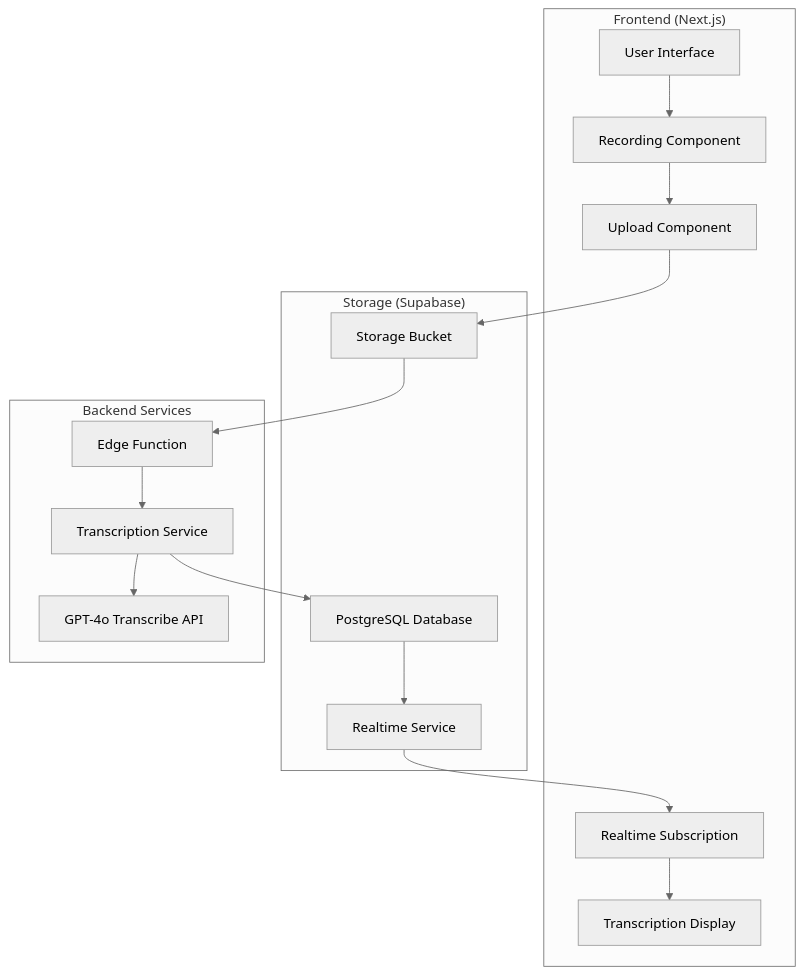
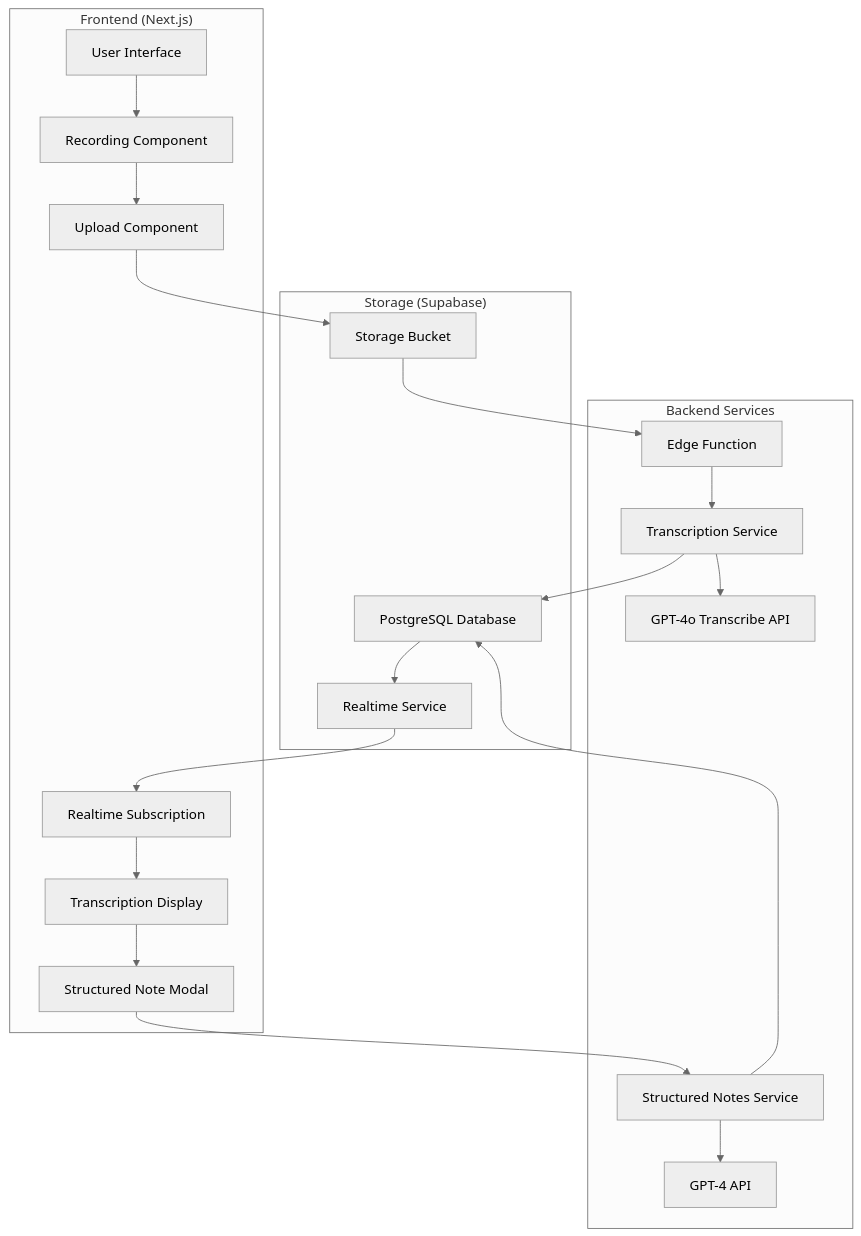
One commit to pidub-step/psynotes changed the first of 3 diagrams in memory-bank/systemPatterns.md. Above: the diagram before and after it, drawn with Mermaid (neutral theme). The commit also changed other lines of this file and 19 other files, not shown here.

````diff
--- a/memory-bank/systemPatterns.md
+++ b/memory-bank/systemPatterns.md
@@ -7,33 +7,40 @@
 ```mermaid
 graph TD
     subgraph "Frontend (Next.js)"
         UI[User Interface]
         RC[Recording Component]
         UC[Upload Component]
         TD[Transcription Display]
         RS[Realtime Subscription]
+        SNM[Structured Note Modal]
     end
     
     subgraph "Storage (Supabase)"
         SB[Storage Bucket]
         PG[PostgreSQL Database]
         RT[Realtime Service]
     end
     
     subgraph "Backend Services"
         EF[Edge Function]
         TS[Transcription Service]
         WA[GPT-4o Transcribe API]
+        SNS[Structured Notes Service]
+        GA[GPT-4 API]
     end
     
     UI --> RC
     RC --> UC
     UC --> SB
     SB --> EF
     EF --> TS
     TS --> WA
     TS --> PG
     PG --> RT
     RT --> RS
     RS --> TD
+    TD --> SNM
+    SNM --> SNS
+    SNS --> GA
+    SNS --> PG
 ```
````
